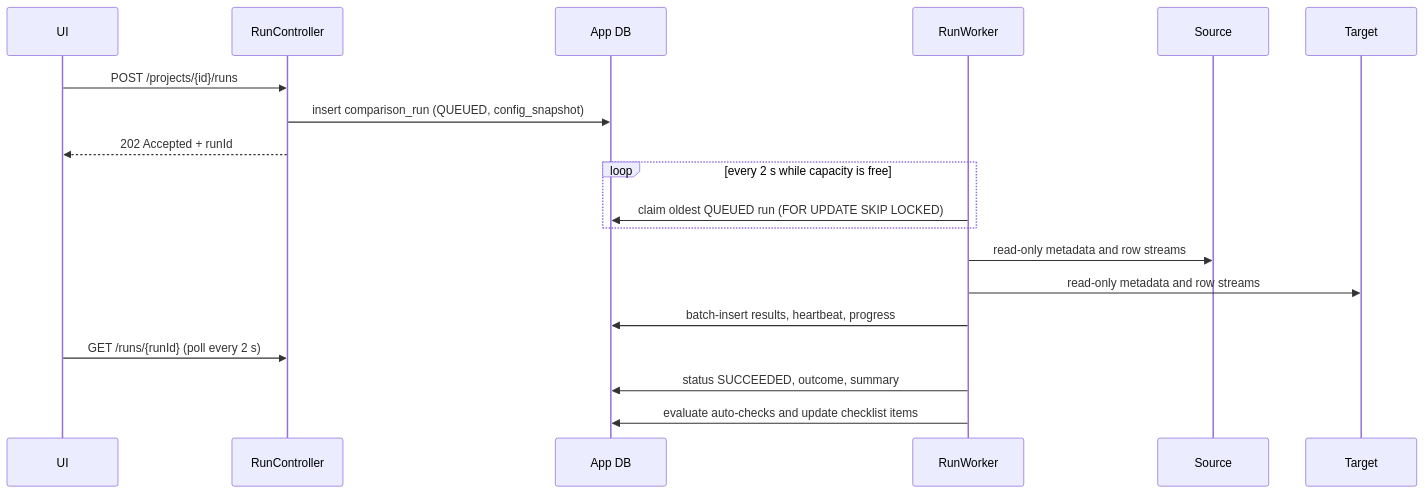
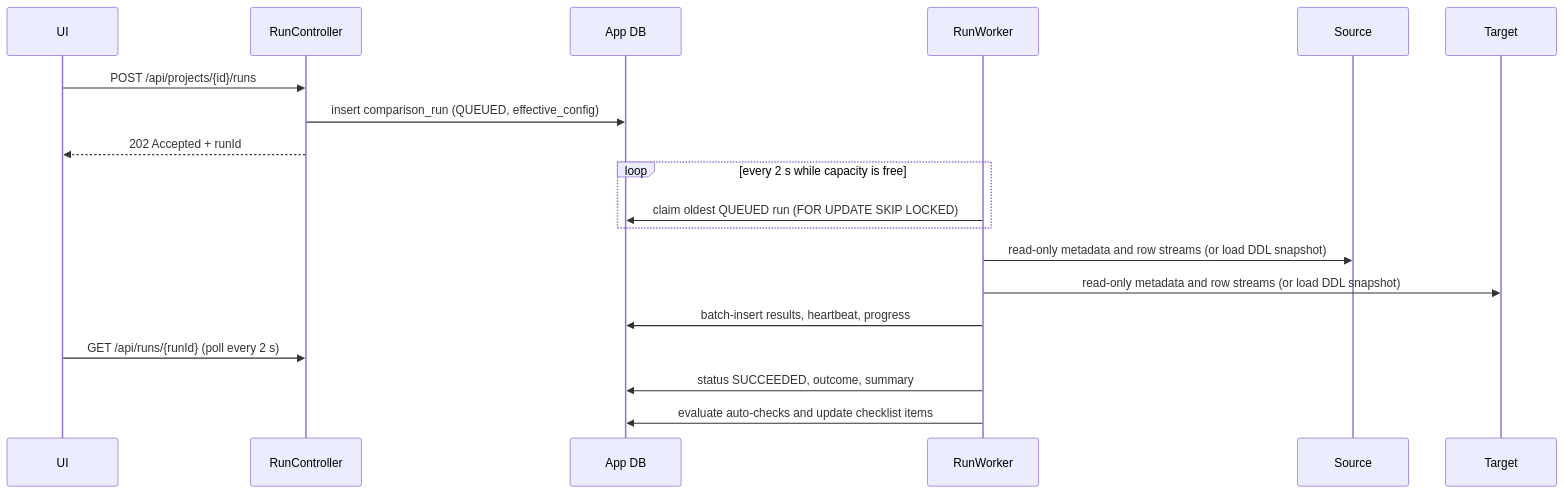
The fourth of 5 diagrams in docs/DB_MIGRATION_ASSISTANT_SPEC.md (ardon-g-tolentino-jr/cooked-service), drawn with Mermaid before and after one commit. The commit also changed other lines of this file and 1 other file, not shown here.

First line of the commit message:
docs: dbmig spec v0.2 - MySQL/PostgreSQL/Oracle, standalone, DDL input

````diff
--- a/docs/DB_MIGRATION_ASSISTANT_SPEC.md
+++ b/docs/DB_MIGRATION_ASSISTANT_SPEC.md
@@ -897,21 +1116,21 @@
 ```mermaid
 sequenceDiagram
   participant UI
   participant API as RunController
   participant DB as App DB
   participant W as RunWorker
   participant S as Source
   participant T as Target
-  UI->>API: POST /projects/{id}/runs
-  API->>DB: insert comparison_run (QUEUED, config_snapshot)
+  UI->>API: POST /api/projects/{id}/runs
+  API->>DB: insert comparison_run (QUEUED, effective_config)
   API-->>UI: 202 Accepted + runId
   loop every 2 s while capacity is free
     W->>DB: claim oldest QUEUED run (FOR UPDATE SKIP LOCKED)
   end
-  W->>S: read-only metadata and row streams
-  W->>T: read-only metadata and row streams
+  W->>S: read-only metadata and row streams (or load DDL snapshot)
+  W->>T: read-only metadata and row streams (or load DDL snapshot)
   W->>DB: batch-insert results, heartbeat, progress
-  UI->>API: GET /runs/{runId} (poll every 2 s)
+  UI->>API: GET /api/runs/{runId} (poll every 2 s)
   W->>DB: status SUCCEEDED, outcome, summary
   W->>DB: evaluate auto-checks and update checklist items
 ```
````
